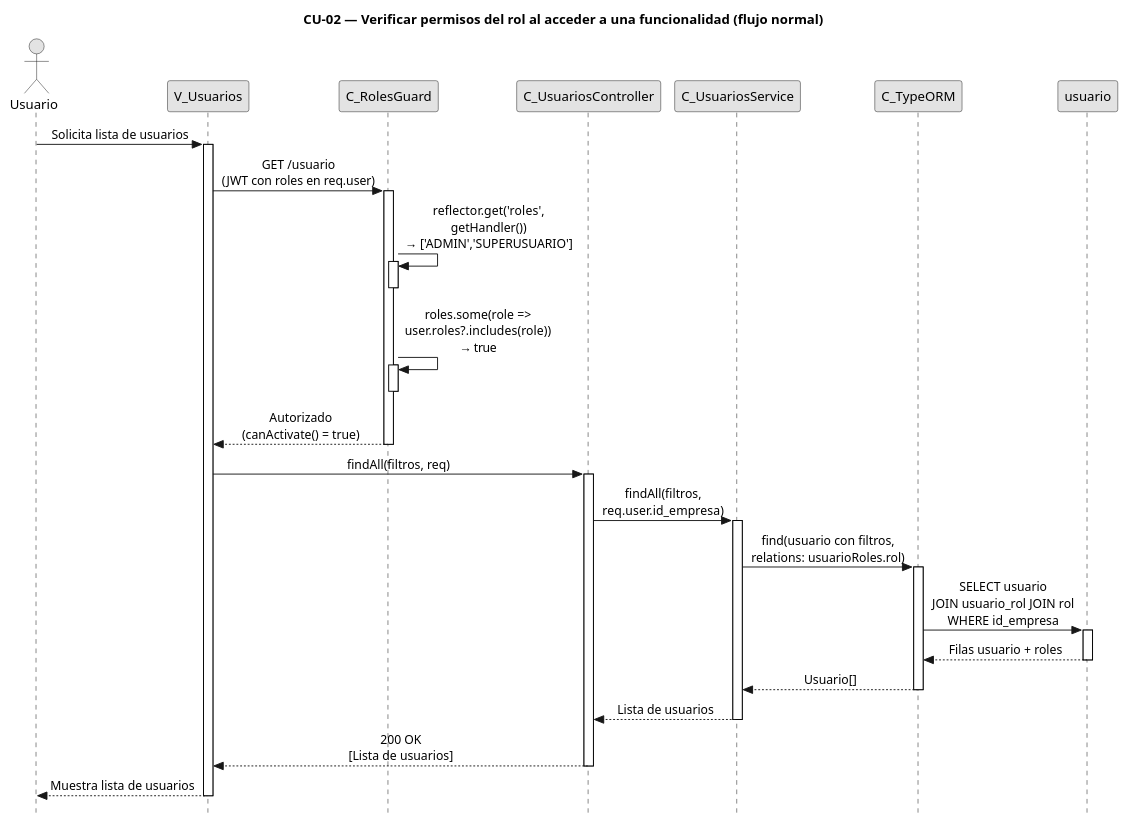
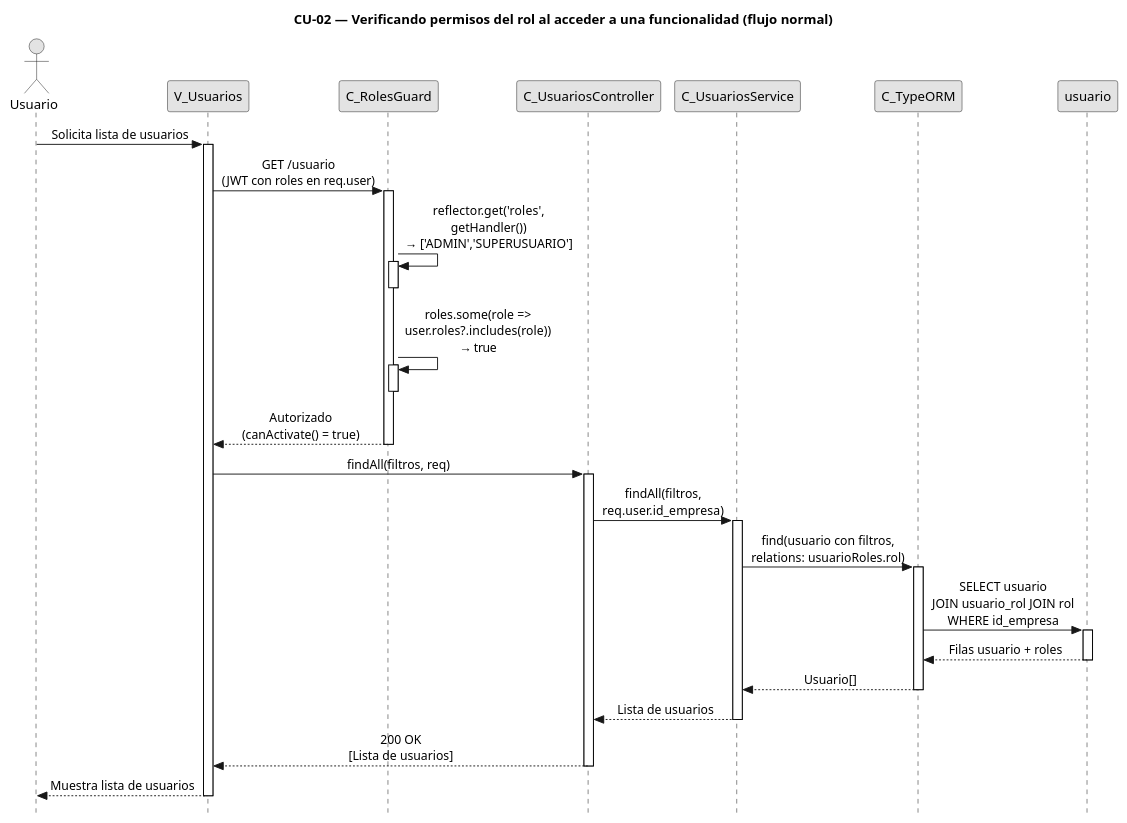
The diagram in diagramas/diagramas-secuencia/CU02/CU02-normal.puml (FSM-Finet-y-Cable-Magico/Team_1-Inventario-y-Bodega), drawn with PlantUML before and after one commit. The commit also changed 155 other files, not shown here.

Commit message:
fix: titulos de diagramas de secuencia en gerundio

```diff
--- a/diagramas/diagramas-secuencia/CU02/CU02-normal.puml
+++ b/diagramas/diagramas-secuencia/CU02/CU02-normal.puml
@@ -1,75 +1,75 @@
 @startuml CU02-normal
-title CU-02 — Verificar permisos del rol al acceder a una funcionalidad (flujo normal)
+title CU-02 — Verificando permisos del rol al acceder a una funcionalidad (flujo normal)
 
 skinparam style strictuml
 skinparam monochrome true
 skinparam shadowing false
 skinparam sequenceMessageAlign center
 <style>
 sequenceDiagram {
   participant {
     Margin 35
   }
   actor {
     Margin 15
   }
 }
 </style>
 skinparam sequence {
   MessageAlign center
   LifeLineBorderColor black
 }
 hide footbox
 
 actor "Usuario" as user
 participant "V_Usuarios" as view
 participant "C_RolesGuard" as guard
 participant "C_UsuariosController" as ctrl
 participant "C_UsuariosService" as svc
 participant "C_TypeORM" as orm
 participant "usuario" as uent
 
 user -> view : Solicita lista de usuarios
 activate view
 
 view -> guard : GET /usuario\n(JWT con roles en req.user)
 activate guard
 
 guard -> guard : reflector.get('roles',\ngetHandler())\n→ ['ADMIN','SUPERUSUARIO']
 activate guard
 deactivate guard
 
 guard -> guard : roles.some(role =>\nuser.roles?.includes(role))\n→ true
 activate guard
 deactivate guard
 
 guard --> view : Autorizado\n(canActivate() = true)
 deactivate guard
 
 view -> ctrl : findAll(filtros, req)
 activate ctrl
 
 ctrl -> svc : findAll(filtros,\nreq.user.id_empresa)
 activate svc
 
 svc -> orm : find(usuario con filtros,\nrelations: usuarioRoles.rol)
 activate orm
 
 orm -> uent : SELECT usuario\nJOIN usuario_rol JOIN rol\nWHERE id_empresa
 activate uent
 uent --> orm : Filas usuario + roles
 deactivate uent
 
 orm --> svc : Usuario[]
 deactivate orm
 
 svc --> ctrl : Lista de usuarios
 deactivate svc
 
 ctrl --> view : 200 OK\n[Lista de usuarios]
 deactivate ctrl
 
 view --> user : Muestra lista de usuarios
 deactivate view
 
 @enduml
```
